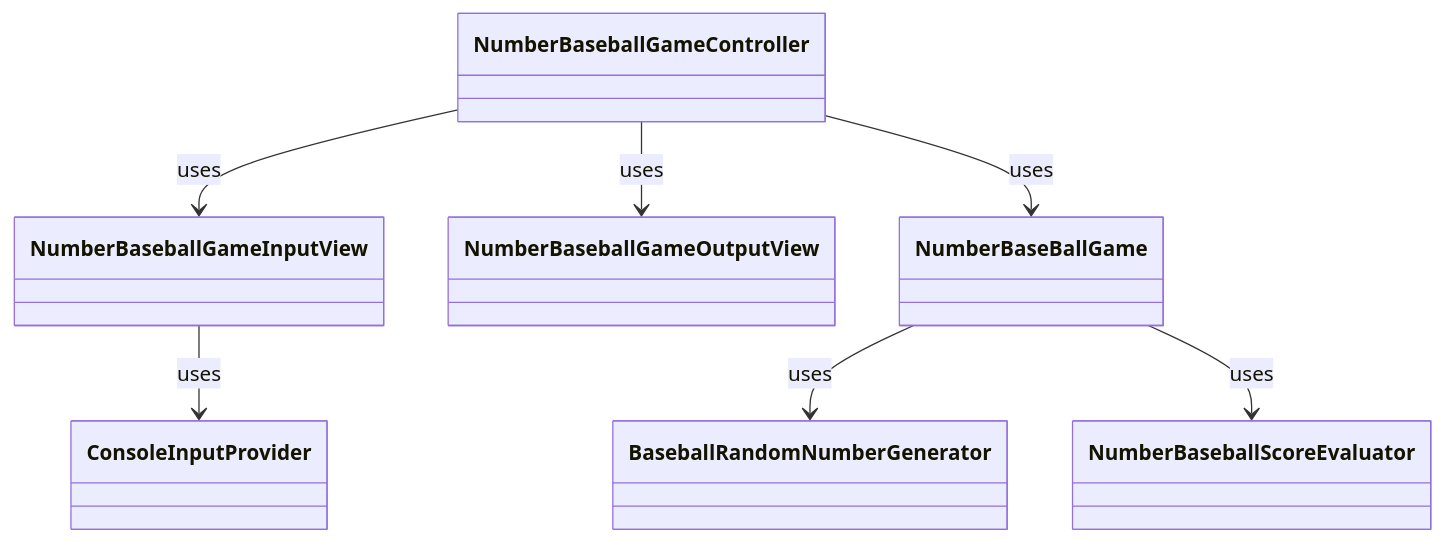
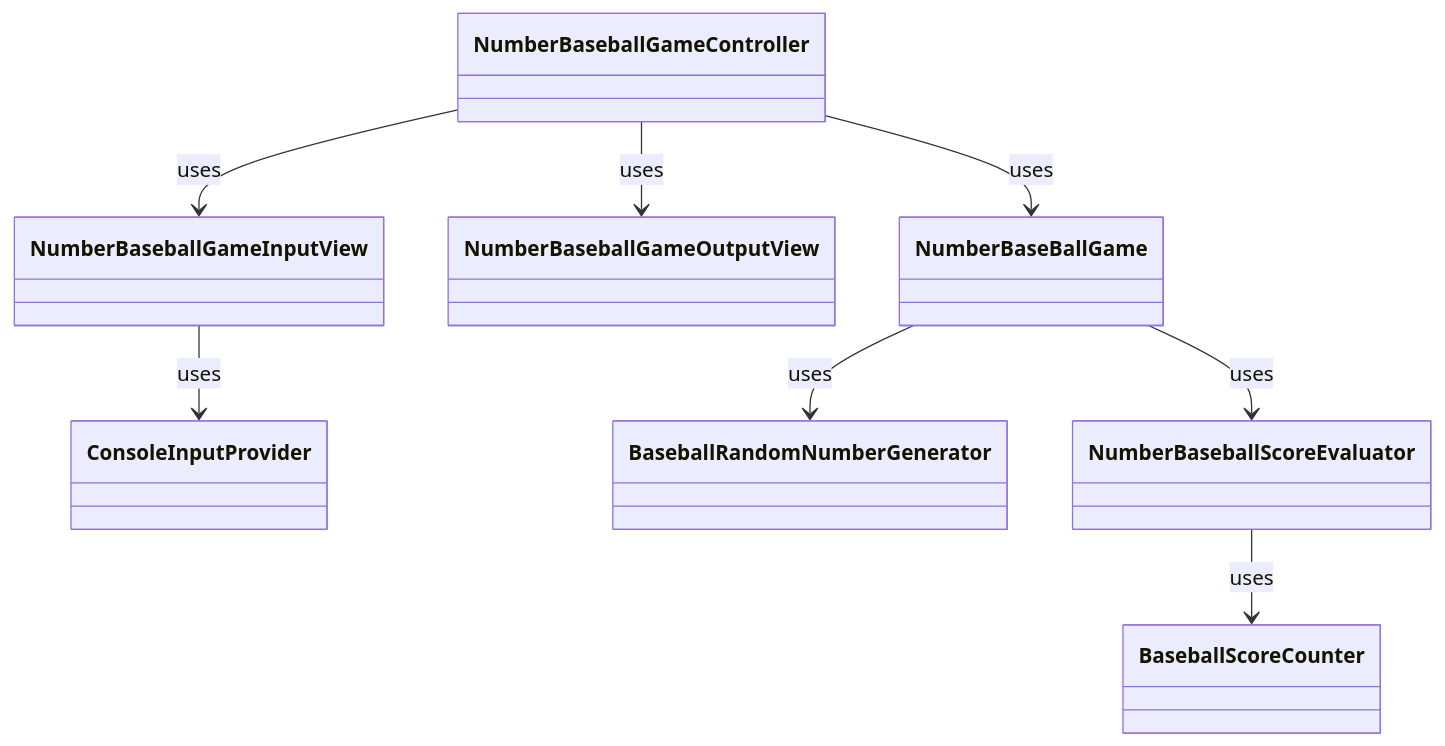
Before and after one commit to woowacourse-precourse/java-baseball-6: the diagram in docs/README.md, drawn with Mermaid.

Commit message:
docs : 의존성 관련 정보 추가 BaseballScoreCounter

````diff
--- a/docs/README.md
+++ b/docs/README.md
@@ -35,11 +35,12 @@
 ```mermaid
 classDiagram
     NumberBaseballGameController --> NumberBaseballGameInputView : uses
     NumberBaseballGameController --> NumberBaseballGameOutputView : uses
     NumberBaseballGameController --> NumberBaseBallGame : uses
 
     NumberBaseballGameInputView --> ConsoleInputProvider : uses
 
     NumberBaseBallGame --> BaseballRandomNumberGenerator : uses
     NumberBaseBallGame --> NumberBaseballScoreEvaluator : uses
+    NumberBaseballScoreEvaluator --> BaseballScoreCounter : uses
 ```
````
